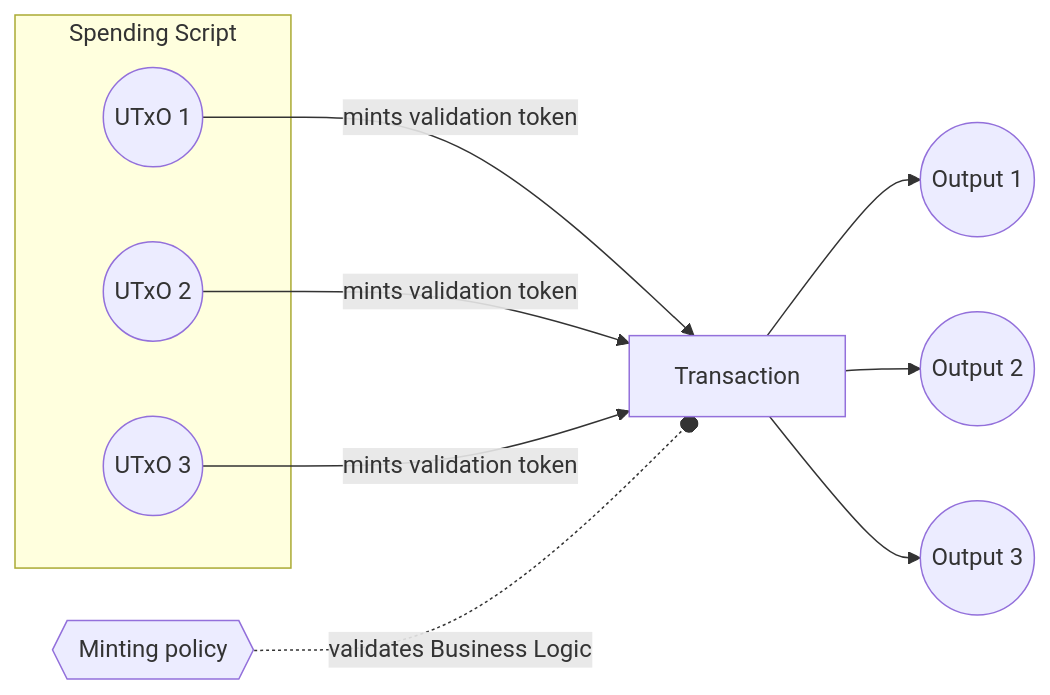
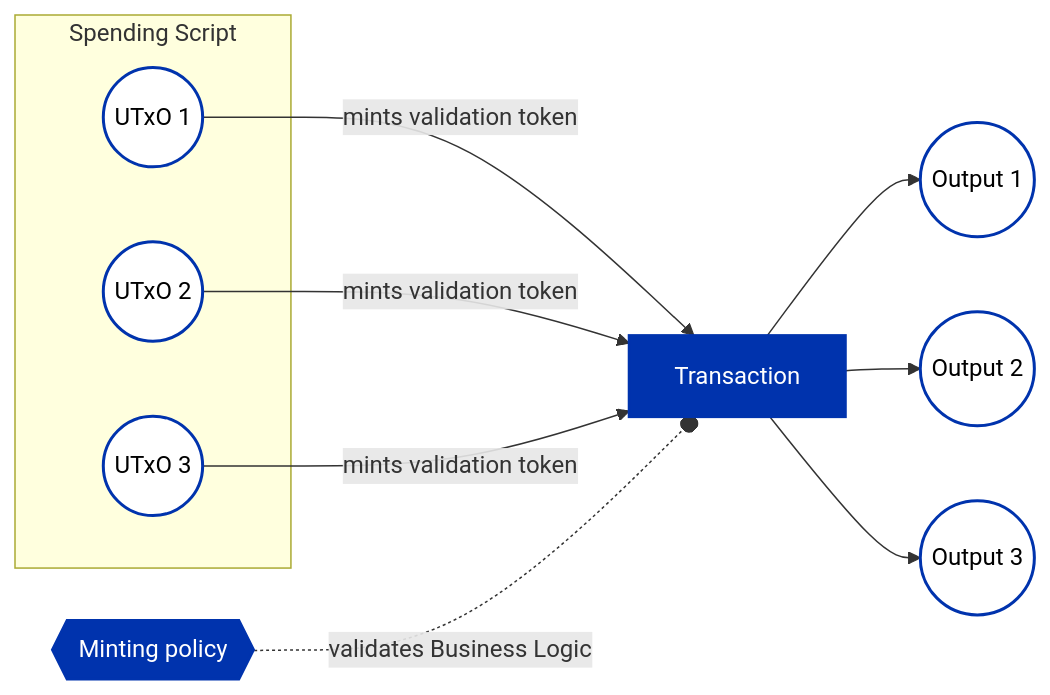
Before and after one commit to cardano-foundation/developer-portal: the second of 4 diagrams in docs/smart-contracts/advanced/design-patterns/transaction-level-validation/transaction-level-validation-minting-policy.md, drawn with Mermaid. The commit also changed other lines of this file and 14 other files, not shown here.

Commit message:
cardano unified color scheme for mermaid diagrams

````diff
--- a/docs/smart-contracts/advanced/design-patterns/transaction-level-validation/transaction-level-validation-minting-policy.md
+++ b/docs/smart-contracts/advanced/design-patterns/transaction-level-validation/transaction-level-validation-minting-policy.md
@@ -49,16 +54,21 @@
 ```mermaid
 graph LR
     TX[Transaction]
     subgraph Spending Script
     S1((UTxO 1))
     S2((UTxO 2))
     S3((UTxO 3))
     end
     S1 -->|mints validation token| TX
     S2 -->|mints validation token| TX
     S3 -->|mints validation token| TX
     ST{{Minting policy}} -.-o |validates Business Logic| TX
     TX --> A1((Output 1))
     TX --> A2((Output 2))
     TX --> A3((Output 3))
+
+    classDef emphasized fill:#0033AD,stroke:#0033AD,stroke-width:2px,color:#FFFFFF
+    classDef regular fill:#FFFFFF,stroke:#0033AD,stroke-width:2px,color:#000000
+    class TX,ST emphasized
+    class S1,S2,S3,A1,A2,A3 regular
 ```
````
